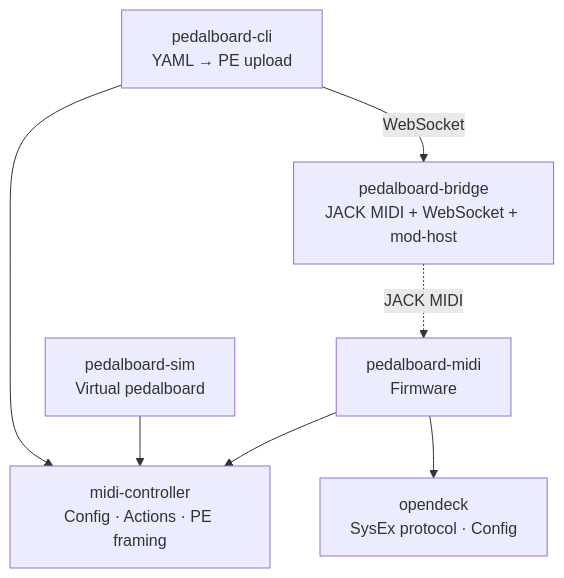
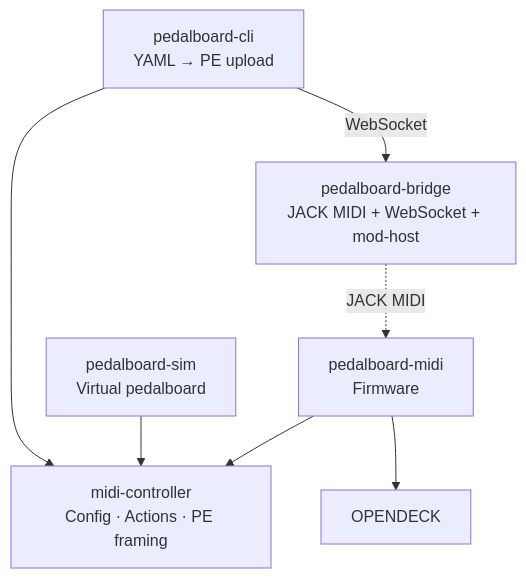
Before and after one commit to pedalboard/.github: the fourth of 4 diagrams in docs/software-architecture.md, drawn with Mermaid. The commit also changed other lines of this file and 2 other files, not shown here.

First line of the commit message:
docs: remove OpenDeck references (protocol no longer in codebase)

````diff
--- a/docs/software-architecture.md
+++ b/docs/software-architecture.md
@@ -132,17 +128,16 @@
 ```mermaid
 graph TD
     PROTOCOL[midi-controller<br/>Config · Actions · PE framing]
-    OPENDECK[opendeck<br/>SysEx protocol · Config]
     
     MIDI_FW[pedalboard-midi<br/>Firmware]
     CLI_APP[pedalboard-cli<br/>YAML → PE upload]
     SIM_APP[pedalboard-sim<br/>Virtual pedalboard]
     BRIDGE_APP[pedalboard-bridge<br/>JACK MIDI + WebSocket + mod-host]
 
     MIDI_FW --> PROTOCOL
     MIDI_FW --> OPENDECK
     CLI_APP --> PROTOCOL
     SIM_APP --> PROTOCOL
     BRIDGE_APP -.->|JACK MIDI| MIDI_FW
     CLI_APP -->|WebSocket| BRIDGE_APP
 ```
````
